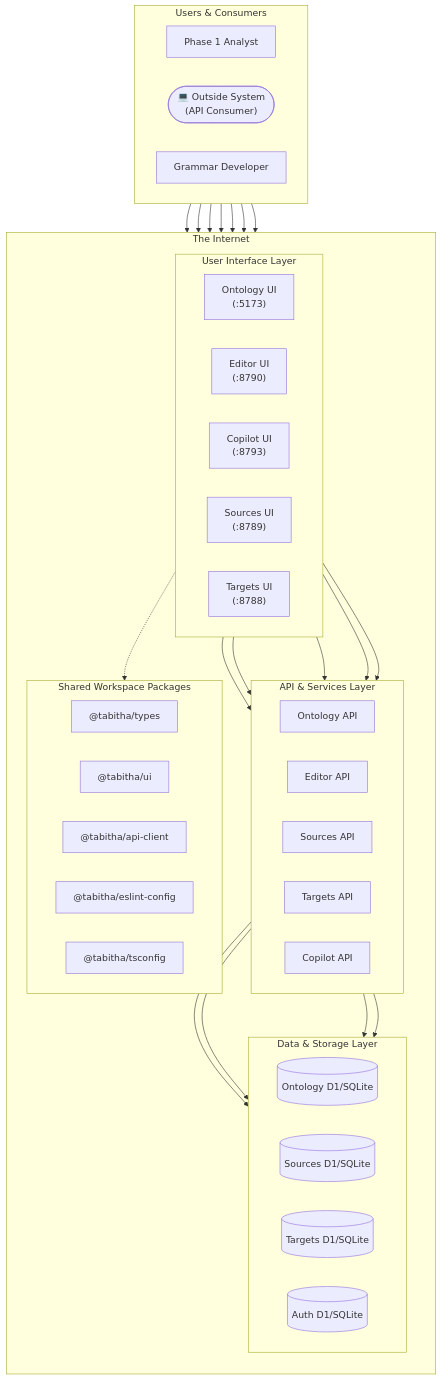
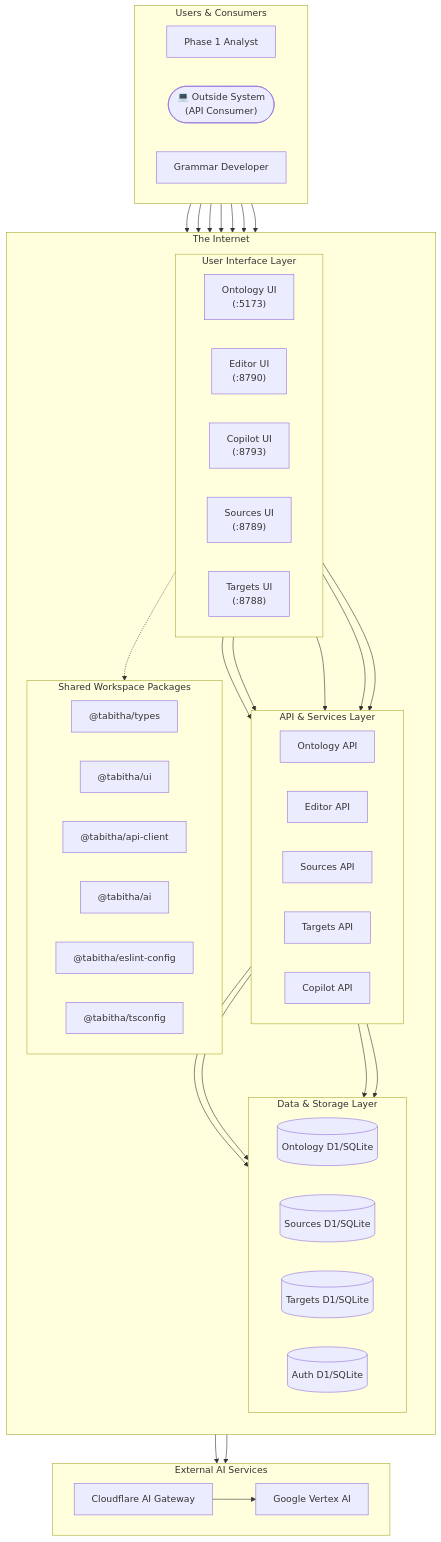
One commit to presciencelabs/tabitha changed the diagram in README.md. Above: the diagram before and after it, drawn with Mermaid. The commit also changed 10 other files, not shown here.

First line of the commit message:
docs: update architecture diagrams for AI Gateway consolidation (#43)

````diff
--- a/README.md
+++ b/README.md
@@ -203,69 +203,80 @@
 ```mermaid
 graph TD;
     subgraph "Users & Consumers"
         direction LR
         Phase1Analyst[Phase 1 Analyst];
         OutsideSystem(["💻 Outside System <br/>(API Consumer)"]);
         GrammarDeveloper[Grammar Developer];
     end
 
     subgraph Platform ["The Internet"]
         direction TB
 
         subgraph UILayer ["User Interface Layer"]
             direction LR
             OntologyUI["Ontology UI <br/>(:5173)"];
             EditorUI["Editor UI <br/>(:8790)"];
             CopilotUI["Copilot UI <br/>(:8793)"];
             SourcesUI["Sources UI <br/>(:8789)"];
             TargetsUI["Targets UI <br/>(:8788)"];
         end
 
         subgraph APILayer ["API & Services Layer"]
             direction LR
             OntologyAPI[Ontology API];
             EditorAPI[Editor API];
             SourcesAPI[Sources API];
             TargetsAPI[Targets API];
             CopilotAPI[Copilot API];
         end
 
         subgraph SharedPackages ["Shared Workspace Packages"]
             direction LR
             TypesPkg["@tabitha/types"];
             UIPkg["@tabitha/ui"];
             APIClientPkg["@tabitha/api-client"];
+            AIPkg["@tabitha/ai"];
             ESLintPkg["@tabitha/eslint-config"];
             TSConfigPkg["@tabitha/tsconfig"];
         end
 
         subgraph DataLayer ["Data & Storage Layer"]
             direction LR
             OntologyDB[(Ontology D1/SQLite)];
             SourcesDB[(Sources D1/SQLite)];
             TargetsDB[(Targets D1/SQLite)];
             AuthDB[(Auth D1/SQLite)];
         end
+    end
+
+    subgraph ExternalServices ["External AI Services"]
+        direction LR
+        AIGateway["Cloudflare AI Gateway"];
+        VertexAI["Google Vertex AI"];
     end
 
     Phase1Analyst --> OntologyUI;
     Phase1Analyst --> EditorUI;
     Phase1Analyst --> CopilotUI;
     OutsideSystem --> OntologyAPI;
     OutsideSystem --> SourcesAPI;
     OutsideSystem --> TargetsAPI;
     OutsideSystem --> CopilotAPI;
 
     OntologyUI --> OntologyAPI;
     EditorUI --> EditorAPI;
     SourcesUI --> SourcesAPI;
     TargetsUI --> TargetsAPI;
     CopilotUI --> CopilotAPI;
 
     UILayer -.-> SharedPackages;
 
     OntologyAPI --> OntologyDB;
     OntologyAPI --> AuthDB;
     SourcesAPI --> SourcesDB;
     TargetsAPI --> TargetsDB;
+
+    OntologyAPI --> AIGateway;
+    CopilotAPI --> AIGateway;
+    AIGateway --> VertexAI;
 ```
````
